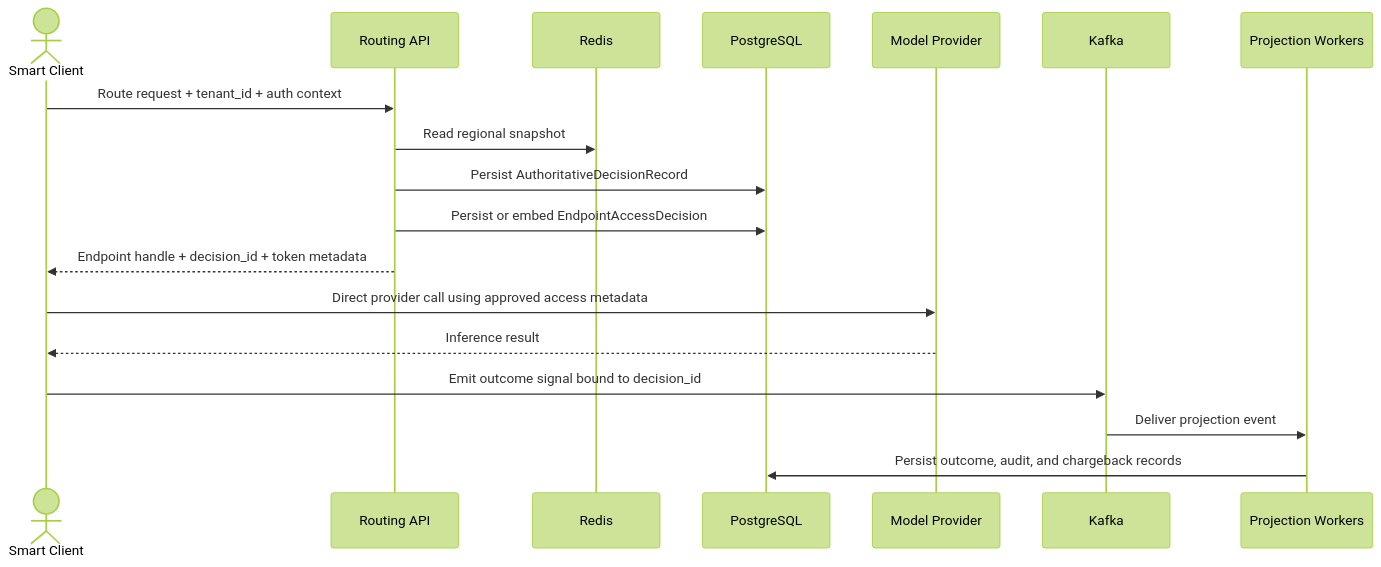
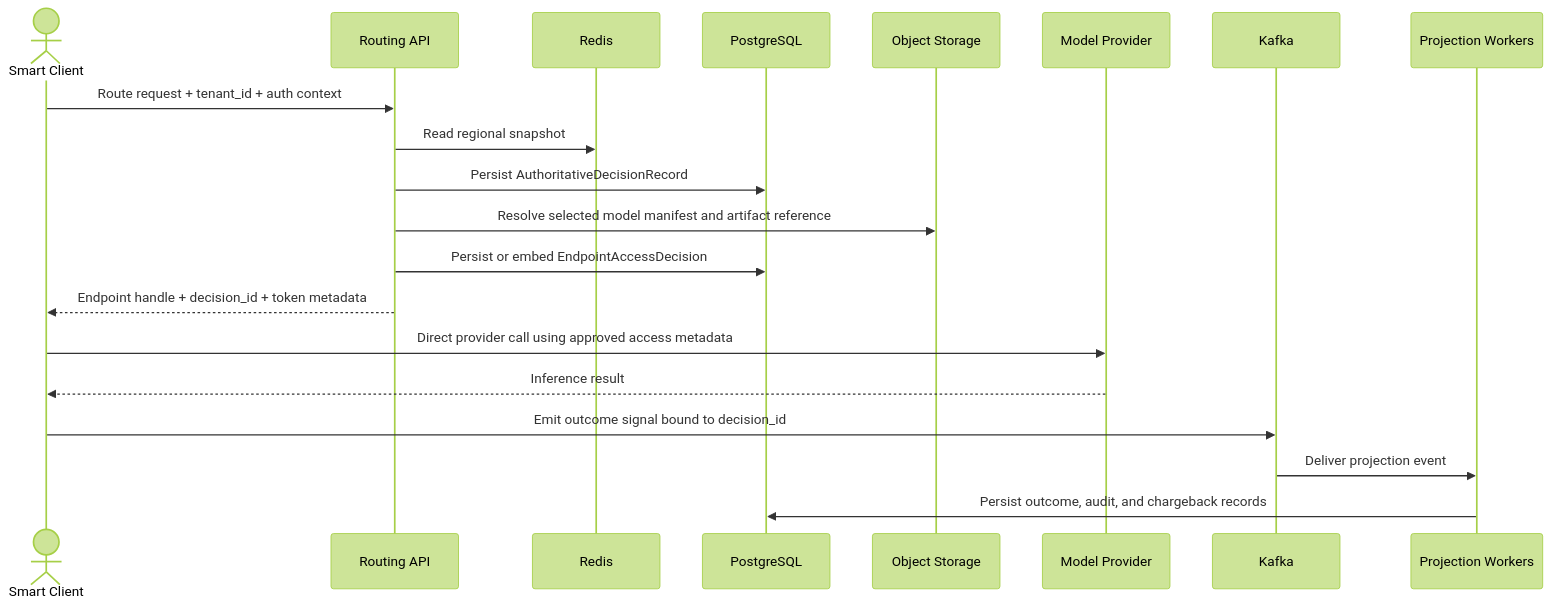
The fifth of 5 diagrams in README.md (brandon-benge/example-model-routing), drawn with Mermaid (forest theme) before and after one commit. The commit also changed other lines of this file and 6 other files, not shown here.

````diff
--- a/README.md
+++ b/README.md
@@ -116,21 +156,23 @@
 ```mermaid
 sequenceDiagram
     actor Client as Smart Client
     participant Route as Routing API
     participant Cache as Redis
     participant DB as PostgreSQL
+    participant Obj as Object Storage
     participant Provider as Model Provider
     participant Bus as Kafka
     participant Proj as Projection Workers
 
     Client->>Route: Route request + tenant_id + auth context
     Route->>Cache: Read regional snapshot
     Route->>DB: Persist AuthoritativeDecisionRecord
+    Route->>Obj: Resolve selected model manifest and artifact reference
     Route->>DB: Persist or embed EndpointAccessDecision
     Route-->>Client: Endpoint handle + decision_id + token metadata
     Client->>Provider: Direct provider call using approved access metadata
     Provider-->>Client: Inference result
     Client->>Bus: Emit outcome signal bound to decision_id
     Bus->>Proj: Deliver projection event
     Proj->>DB: Persist outcome, audit, and chargeback records
 ```
````
